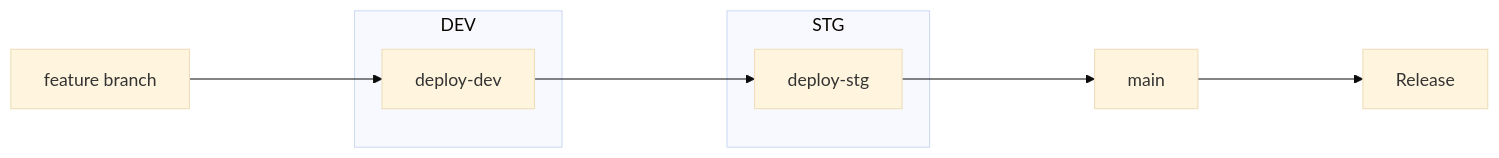
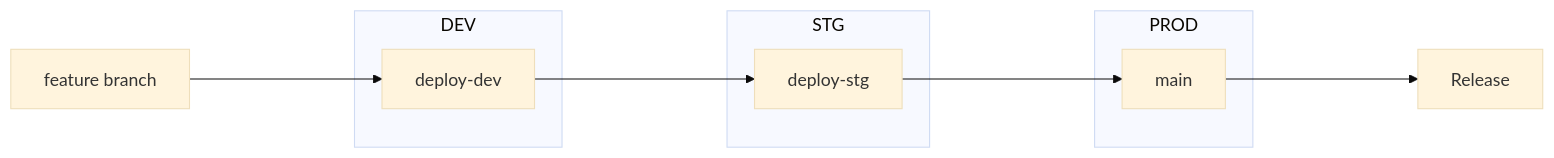
The diagram in Gates-Workflow.md (fritzramos-gf/Workflows), drawn with Mermaid (base theme) before and after one commit.

````diff
--- a/Gates-Workflow.md
+++ b/Gates-Workflow.md
@@ -1,23 +1,27 @@
 ```mermaid
 flowchart LR
     A[feature branch] ----> B
     subgraph DEV
         B[deploy-dev]
     end
     B ----> C
     subgraph STG
         C[deploy-stg]
     end
     
-    C ----> D[main] 
+    C ----> D
+    subgraph PROD
+        D[main]
+    end
+
     D ----> E[Release]
 
 
 
 
 
 
 
 
 
 ```
````
